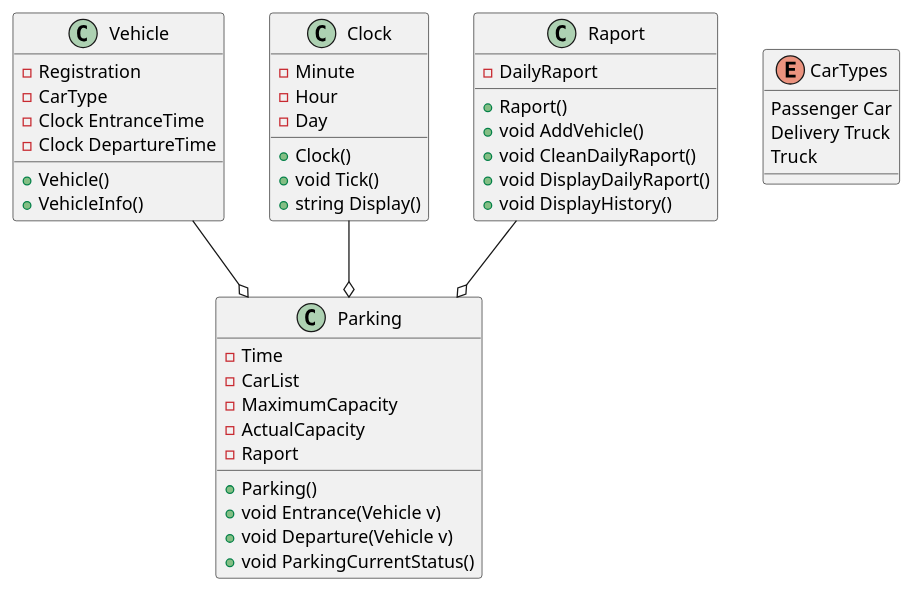
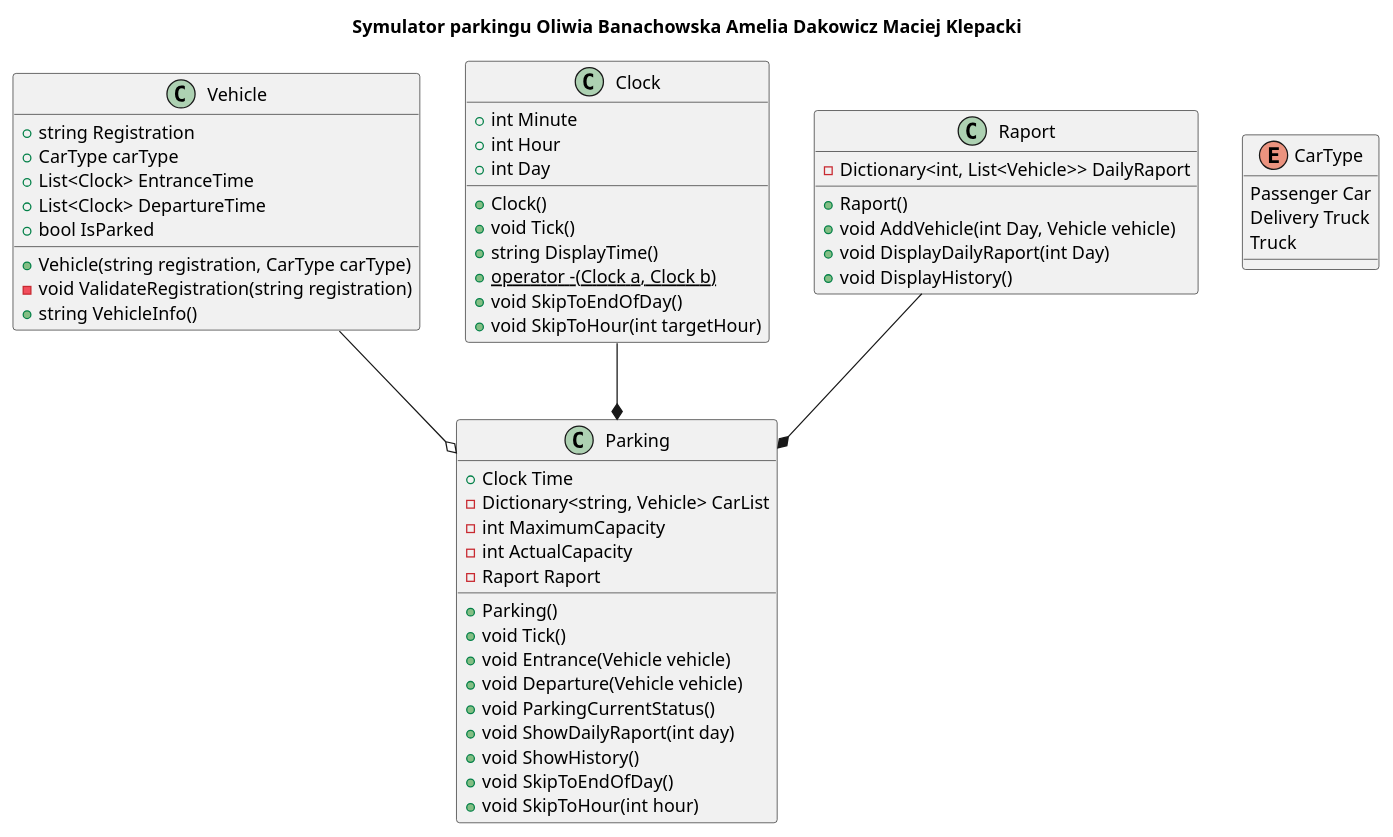
One commit to adakowicz/projektpo changed the diagram in uml.wsd. Above: the diagram before and after it, drawn with PlantUML. The commit also changed 3 other files, not shown here.

Commit message:
mod clock parking program

```diff
--- a/uml.wsd
+++ b/uml.wsd
@@ -1,47 +1,57 @@
-@startuml
+@startuml name "Parking Simulator"
+title Symulator parkingu Oliwia Banachowska Amelia Dakowicz Maciej Klepacki
 
 Vehicle --o Parking
 
-Vehicle : -Registration
-Vehicle : -CarType
-Vehicle : -Clock EntranceTime
-Vehicle : -Clock DepartureTime
-Vehicle : +Vehicle()
-Vehicle : +VehicleInfo()
+Vehicle : +string Registration
+Vehicle : +CarType carType
+Vehicle : +List<Clock> EntranceTime
+Vehicle : +List<Clock> DepartureTime
+Vehicle : +bool IsParked
+Vehicle : +Vehicle(string registration, CarType carType)
+Vehicle : -void ValidateRegistration(string registration)
+Vehicle : +string VehicleInfo()
 
-Clock : -Minute
-Clock : -Hour
-Clock : -Day
+Clock : +int Minute
+Clock : +int Hour
+Clock : +int Day
 Clock : +Clock()
 Clock : +void Tick()
-Clock : +string Display()
+Clock : +string DisplayTime()
+Clock : + {static} operator -(Clock a, Clock b)
+Clock : +void SkipToEndOfDay()
+Clock : +void SkipToHour(int targetHour)
 
-Clock --o Parking
+Clock --* Parking
 
-Parking : -Time
-Parking : -CarList
-Parking : -MaximumCapacity
-Parking : -ActualCapacity
-Parking : -Raport
+Parking : +Clock Time
+Parking : -Dictionary<string, Vehicle> CarList
+Parking : -int MaximumCapacity
+Parking : -int ActualCapacity
+Parking : -Raport Raport
 Parking : +Parking()
-Parking : +void Entrance(Vehicle v)
-Parking : +void Departure(Vehicle v)
+Parking : +void Tick()
+Parking : +void Entrance(Vehicle vehicle)
+Parking : +void Departure(Vehicle vehicle)
 Parking : +void ParkingCurrentStatus()
+Parking : +void ShowDailyRaport(int day)
+Parking : +void ShowHistory()
+Parking : +void SkipToEndOfDay()
+Parking : +void SkipToHour(int hour)
 
-Raport : -DailyRaport
+Raport : -Dictionary<int, List<Vehicle>> DailyRaport
 Raport : +Raport()
-Raport : +void AddVehicle()
-Raport : +void CleanDailyRaport()
-Raport : +void DisplayDailyRaport()
+Raport : +void AddVehicle(int Day, Vehicle vehicle)
+Raport : +void DisplayDailyRaport(int Day)
 Raport : +void DisplayHistory()
 
-Raport --o Parking
+Raport --* Parking
 
 
-enum CarTypes {
+enum CarType {
     Passenger Car
     Delivery Truck
     Truck
 }
 
 @enduml
```
